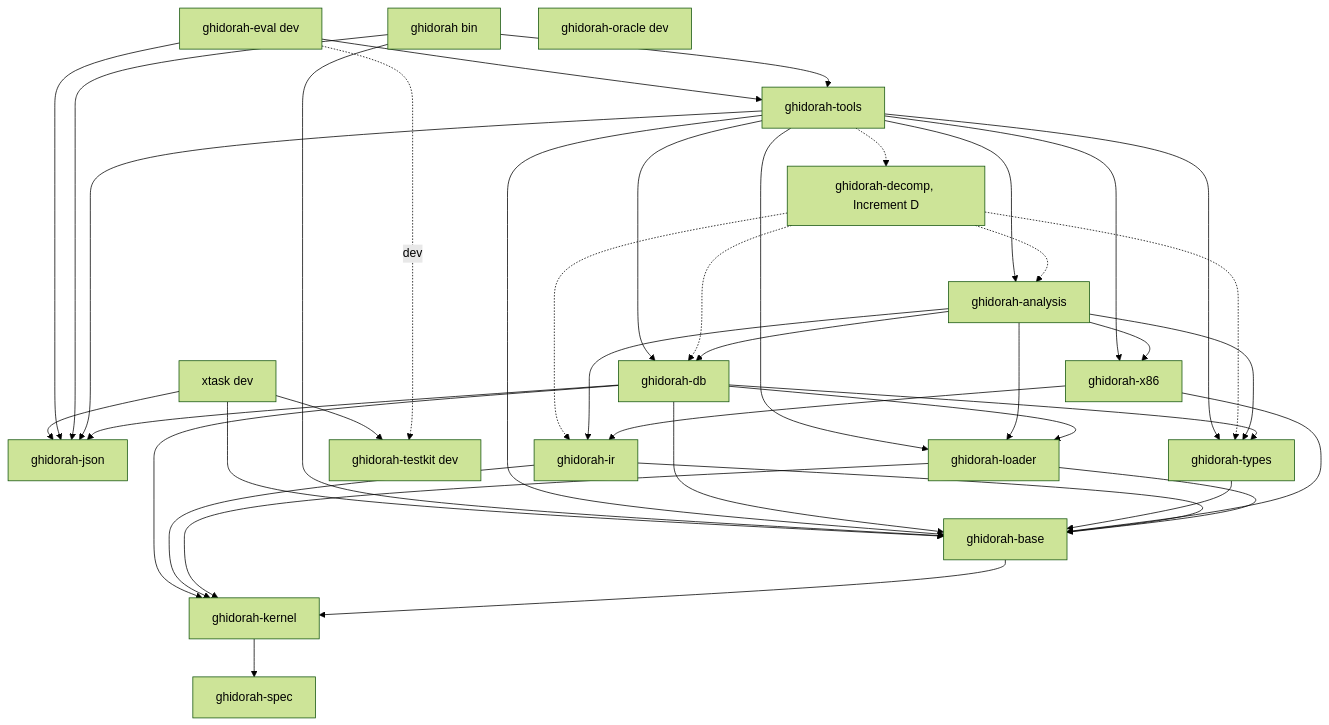
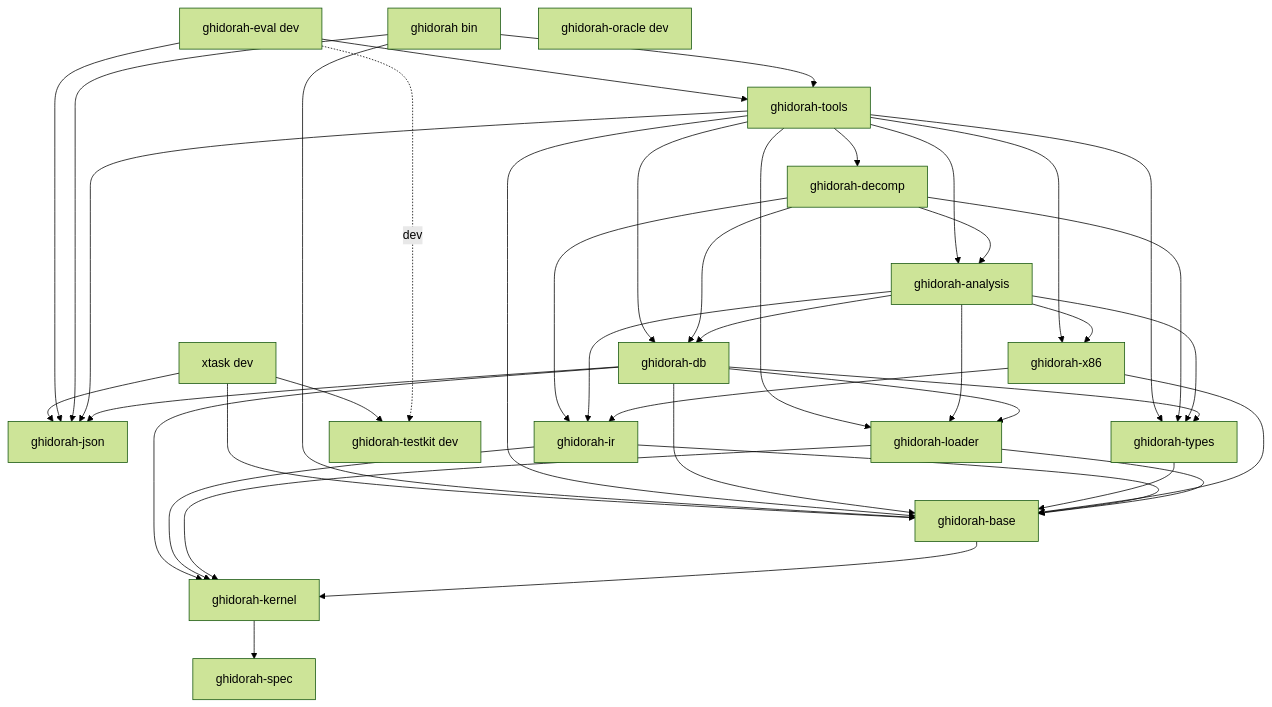
Before and after one commit to madmax983/ghidorah: the first of 8 diagrams in docs/design.md, drawn with Mermaid (forest theme). The commit also changed other lines of this file and 13 other files, not shown here.

````diff
--- a/docs/design.md
+++ b/docs/design.md
@@ -235,60 +231,60 @@
 ```mermaid
 graph TD
   spec[ghidorah-spec]
   kernel[ghidorah-kernel]
   base[ghidorah-base]
   json[ghidorah-json]
   loader[ghidorah-loader]
   ir[ghidorah-ir]
   x86[ghidorah-x86]
   types[ghidorah-types]
   db[ghidorah-db]
   analysis[ghidorah-analysis]
-  decomp[ghidorah-decomp, Increment D]
+  decomp[ghidorah-decomp]
   tools[ghidorah-tools]
   cli[ghidorah bin]
   eval[ghidorah-eval dev]
   testkit[ghidorah-testkit dev]
   oracle[ghidorah-oracle dev]
   xtask[xtask dev]
   kernel --> spec
   base --> kernel
   loader --> base
   loader --> kernel
   ir --> base
   ir --> kernel
   x86 --> ir
   x86 --> base
   types --> base
   db --> base
   db --> kernel
   db --> json
   db --> loader
   db --> types
   analysis --> db
   analysis --> ir
   analysis --> x86
   analysis --> types
   analysis --> loader
-  decomp -.-> analysis
-  decomp -.-> ir
-  decomp -.-> db
-  decomp -.-> types
-  tools -.-> decomp
+  decomp --> analysis
+  decomp --> ir
+  decomp --> db
+  decomp --> types
+  tools --> decomp
   tools --> analysis
   tools --> db
   tools --> x86
   tools --> types
   tools --> loader
   tools --> json
   tools --> base
   cli --> tools
   cli --> json
   cli --> base
   eval --> tools
   eval --> json
   eval -. dev .-> testkit
   xtask --> json
   xtask --> base
   xtask --> testkit
 ```
````
